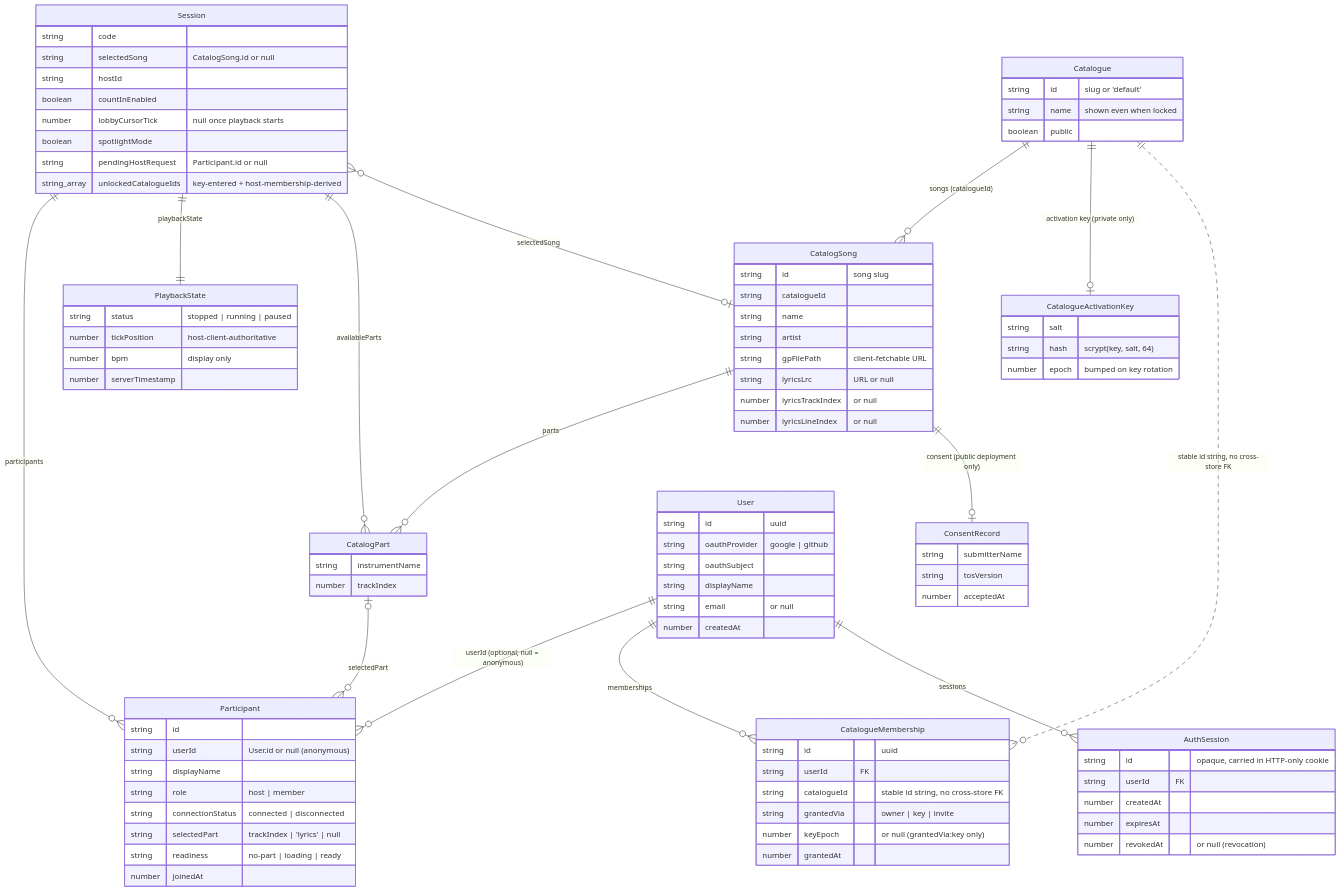
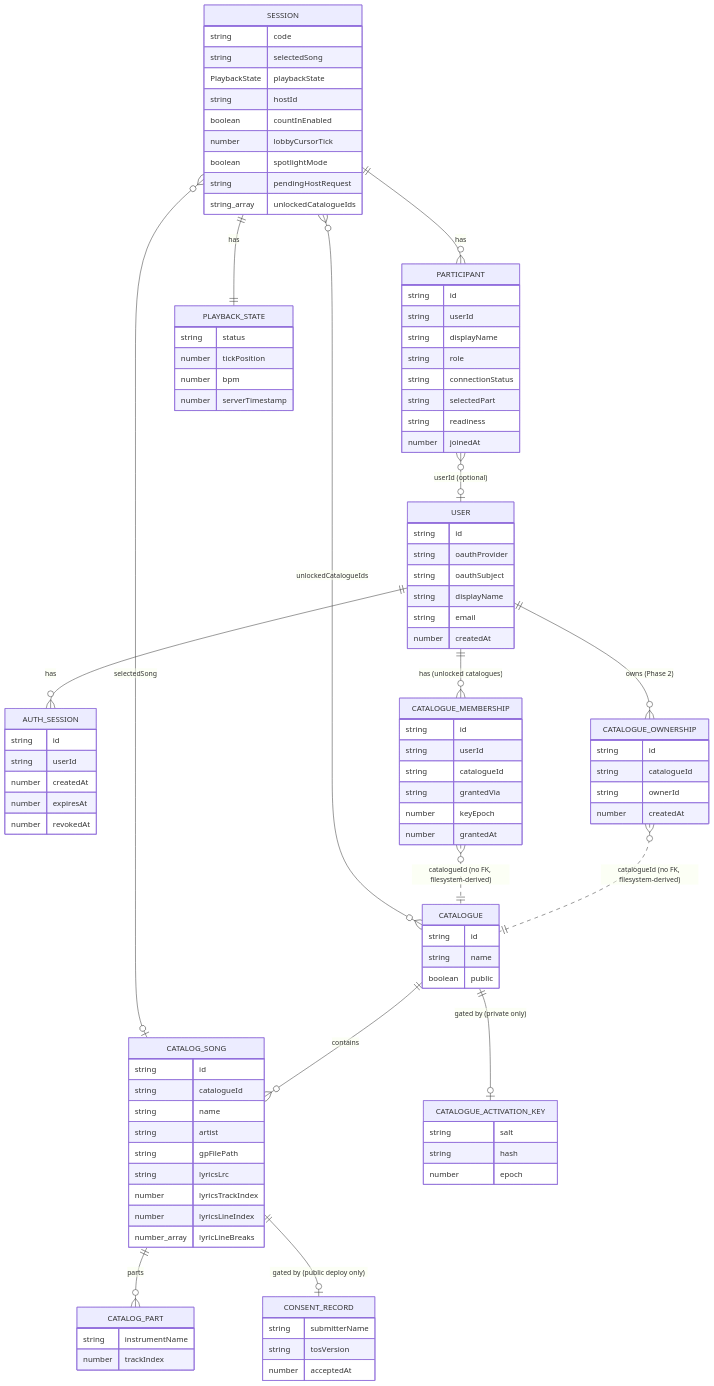
One commit to kinda-bad/sync-tab-scroll changed the first of 3 diagrams in README.md. Above: the diagram before and after it, drawn with Mermaid. The commit also changed other lines of this file and 3 other files, not shown here.

First line of the commit message:
docs: regenerate datamodel/infrastructure/ui diagrams

````diff
--- a/README.md
+++ b/README.md
@@ -217,95 +211,104 @@
 ```mermaid
 erDiagram
-    Catalogue ||--o{ CatalogSong : "songs (catalogueId)"
-    Catalogue ||--o| CatalogueActivationKey : "activation key (private only)"
-    Catalogue ||..o{ CatalogueMembership : "stable id string, no cross-store FK"
-    Session ||--o{ Participant : participants
-    Session ||--|| PlaybackState : playbackState
-    Session ||--o{ CatalogPart : availableParts
-    Session }o--o| CatalogSong : selectedSong
-    CatalogSong ||--o{ CatalogPart : parts
-    CatalogSong ||--o| ConsentRecord : "consent (public deployment only)"
-    CatalogPart |o--o{ Participant : selectedPart
-    User ||--o{ Participant : "userId (optional; null = anonymous)"
-    User ||--o{ CatalogueMembership : memberships
-    User ||--o{ AuthSession : sessions
+    SESSION ||--o{ PARTICIPANT : "has"
+    SESSION ||--|| PLAYBACK_STATE : "has"
+    SESSION }o--o| CATALOG_SONG : "selectedSong"
+    SESSION }o--o{ CATALOGUE : "unlockedCatalogueIds"
+    PARTICIPANT }o--o| USER : "userId (optional)"
+    CATALOGUE ||--o{ CATALOG_SONG : "contains"
+    CATALOG_SONG ||--o{ CATALOG_PART : "parts"
+    CATALOGUE ||--o| CATALOGUE_ACTIVATION_KEY : "gated by (private only)"
+    CATALOG_SONG ||--o| CONSENT_RECORD : "gated by (public deploy only)"
+    USER ||--o{ AUTH_SESSION : "has"
+    USER ||--o{ CATALOGUE_MEMBERSHIP : "has (unlocked catalogues)"
+    USER ||--o{ CATALOGUE_OWNERSHIP : "owns (Phase 2)"
+    CATALOGUE_MEMBERSHIP }o..|| CATALOGUE : "catalogueId (no FK, filesystem-derived)"
+    CATALOGUE_OWNERSHIP }o..|| CATALOGUE : "catalogueId (no FK, filesystem-derived)"
 
-    Session {
+    SESSION {
         string code
-        string selectedSong "CatalogSong.id or null"
+        string selectedSong
+        PlaybackState playbackState
         string hostId
         boolean countInEnabled
-        number lobbyCursorTick "null once playback starts"
+        number lobbyCursorTick
         boolean spotlightMode
-        string pendingHostRequest "Participant.id or null"
-        string_array unlockedCatalogueIds "key-entered + host-membership-derived"
+        string pendingHostRequest
+        string_array unlockedCatalogueIds
     }
-    Participant {
+    PARTICIPANT {
         string id
-        string userId "User.id or null (anonymous)"
+        string userId
         string displayName
-        string role "host | member"
-        string connectionStatus "connected | disconnected"
-        string selectedPart "trackIndex | 'lyrics' | null"
-        string readiness "no-part | loading | ready"
+        string role
+        string connectionStatus
+        string selectedPart
+        string readiness
         number joinedAt
     }
-    CatalogSong {
-        string id "song slug"
+    CATALOG_SONG {
+        string id
         string catalogueId
         string name
         string artist
-        string gpFilePath "client-fetchable URL"
-        string lyricsLrc "URL or null"
-        number lyricsTrackIndex "or null"
-        number lyricsLineIndex "or null"
+        string gpFilePath
+        string lyricsLrc
+        number lyricsTrackIndex
+        number lyricsLineIndex
+        number_array lyricLineBreaks
     }
-    Catalogue {
-        string id "slug or 'default'"
-        string name "shown even when locked"
+    CATALOGUE {
+        string id
+        string name
         boolean public
     }
-    CatalogPart {
+    CATALOG_PART {
         string instrumentName
         number trackIndex
     }
-    PlaybackState {
-        string status "stopped | running | paused"
-        number tickPosition "host-client-authoritative"
-        number bpm "display only"
+    PLAYBACK_STATE {
+        string status
+        number tickPosition
+        number bpm
         number serverTimestamp
     }
-    ConsentRecord {
+    CONSENT_RECORD {
         string submitterName
         string tosVersion
         number acceptedAt
     }
-    CatalogueActivationKey {
+    CATALOGUE_ACTIVATION_KEY {
         string salt
-        string hash "scrypt(key, salt, 64)"
-        number epoch "bumped on key rotation"
+        string hash
+        number epoch
     }
-    User {
-        string id "uuid"
-        string oauthProvider "google | github"
+    USER {
+        string id
+        string oauthProvider
         string oauthSubject
         string displayName
-        string email "or null"
+        string email
         number createdAt
     }
-    CatalogueMembership {
-        string id "uuid"
-        string userId FK
-        string catalogueId "stable id string, no cross-store FK"
-        string grantedVia "owner | key | invite"
-        number keyEpoch "or null (grantedVia:key only)"
+    CATALOGUE_MEMBERSHIP {
+        string id
+        string userId
+        string catalogueId
+        string grantedVia
+        number keyEpoch
         number grantedAt
     }
-    AuthSession {
-        string id "opaque, carried in HTTP-only cookie"
-        string userId FK
+    CATALOGUE_OWNERSHIP {
+        string id
+        string catalogueId
+        string ownerId
+        number createdAt
+    }
+    AUTH_SESSION {
+        string id
+        string userId
         number createdAt
         number expiresAt
-        number revokedAt "or null (revocation)"
+        number revokedAt
     }
 ```
````
